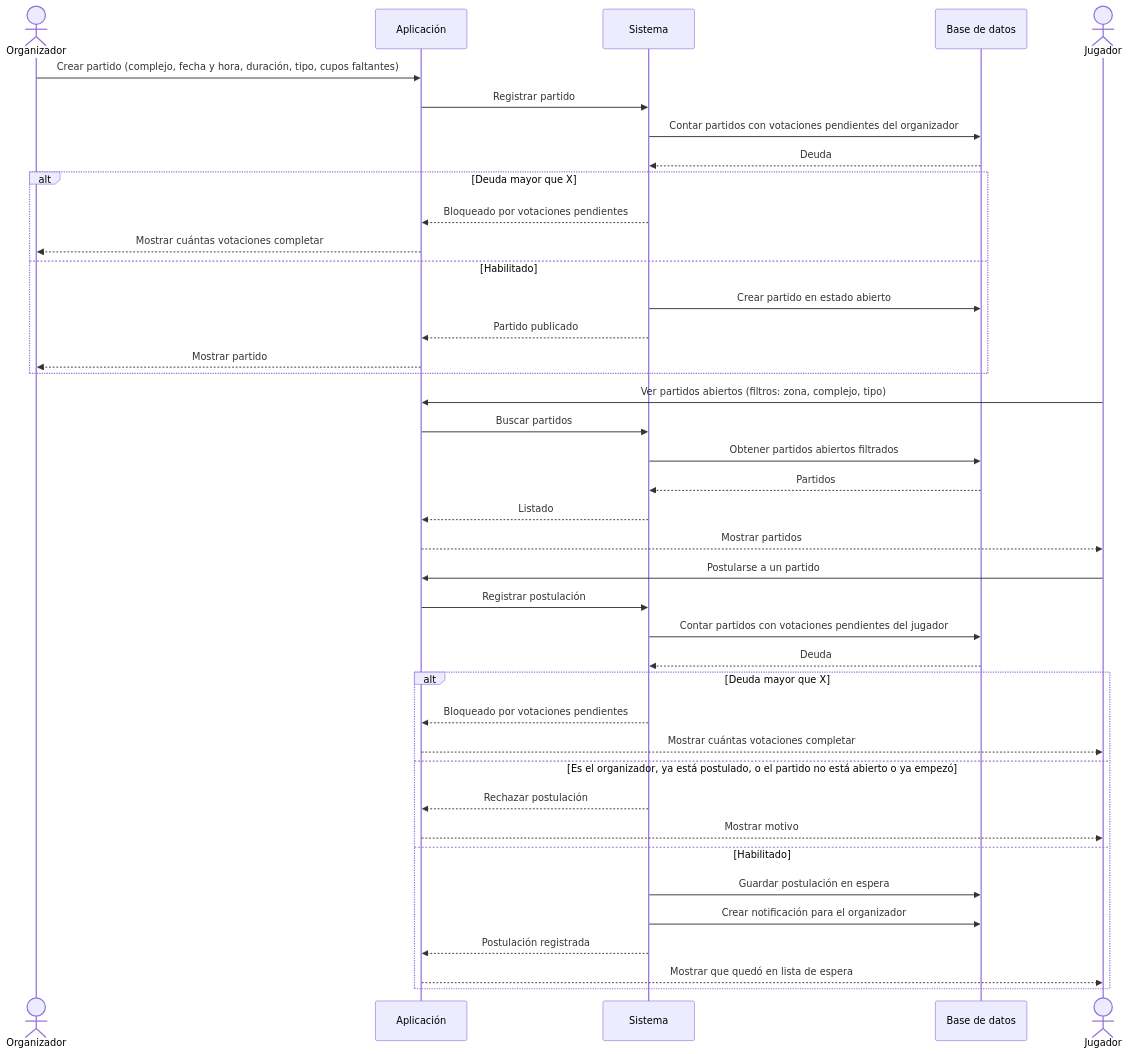
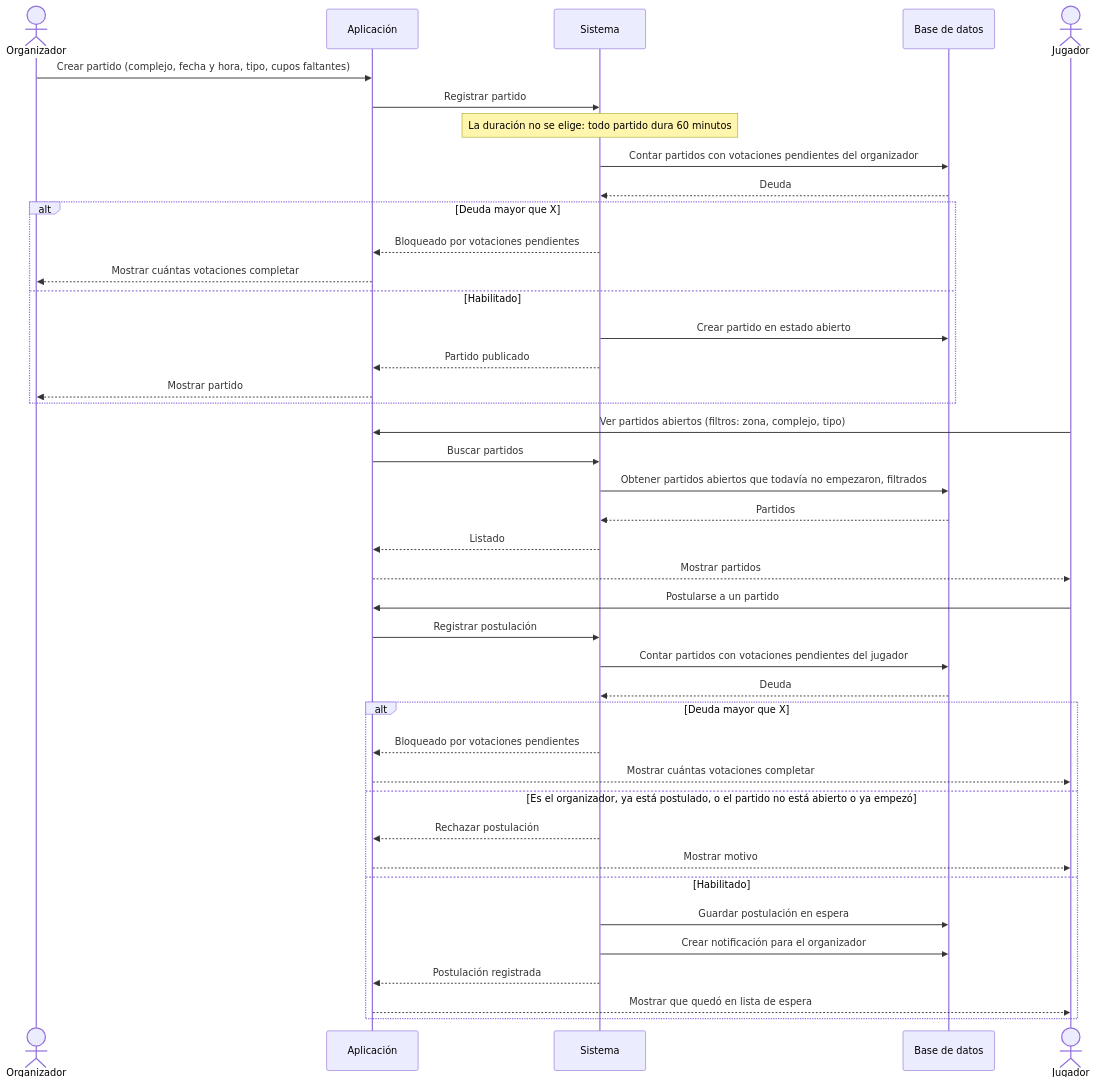
The diagram in docs/diagramas/02-publicar-partido-y-postularse.md (nvranco/fulvo), drawn with Mermaid before and after one commit. The commit also changed 4 other files, not shown here.

First line of the commit message:
docs: corrijo los diagramas de secuencia 02 a 06

````diff
--- a/docs/diagramas/02-publicar-partido-y-postularse.md
+++ b/docs/diagramas/02-publicar-partido-y-postularse.md
@@ -3,45 +3,46 @@
 ```mermaid
 sequenceDiagram
     actor O as Organizador
     participant A as Aplicación
     participant S as Sistema
     participant BD as Base de datos
     actor J as Jugador
 
-    O->>A: Crear partido (complejo, fecha y hora, duración, tipo, cupos faltantes)
+    O->>A: Crear partido (complejo, fecha y hora, tipo, cupos faltantes)
     A->>S: Registrar partido
+    Note over S: La duración no se elige: todo partido dura 60 minutos
     S->>BD: Contar partidos con votaciones pendientes del organizador
     BD-->>S: Deuda
     alt Deuda mayor que X
         S-->>A: Bloqueado por votaciones pendientes
         A-->>O: Mostrar cuántas votaciones completar
     else Habilitado
         S->>BD: Crear partido en estado abierto
         S-->>A: Partido publicado
         A-->>O: Mostrar partido
     end
 
     J->>A: Ver partidos abiertos (filtros: zona, complejo, tipo)
     A->>S: Buscar partidos
-    S->>BD: Obtener partidos abiertos filtrados
+    S->>BD: Obtener partidos abiertos que todavía no empezaron, filtrados
     BD-->>S: Partidos
     S-->>A: Listado
     A-->>J: Mostrar partidos
 
     J->>A: Postularse a un partido
     A->>S: Registrar postulación
     S->>BD: Contar partidos con votaciones pendientes del jugador
     BD-->>S: Deuda
     alt Deuda mayor que X
         S-->>A: Bloqueado por votaciones pendientes
         A-->>J: Mostrar cuántas votaciones completar
     else Es el organizador, ya está postulado, o el partido no está abierto o ya empezó
         S-->>A: Rechazar postulación
         A-->>J: Mostrar motivo
     else Habilitado
         S->>BD: Guardar postulación en espera
         S->>BD: Crear notificación para el organizador
         S-->>A: Postulación registrada
         A-->>J: Mostrar que quedó en lista de espera
     end
 ```
````
